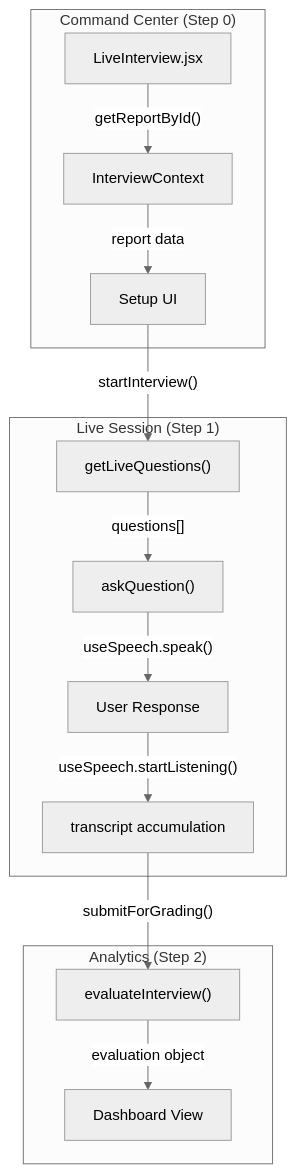
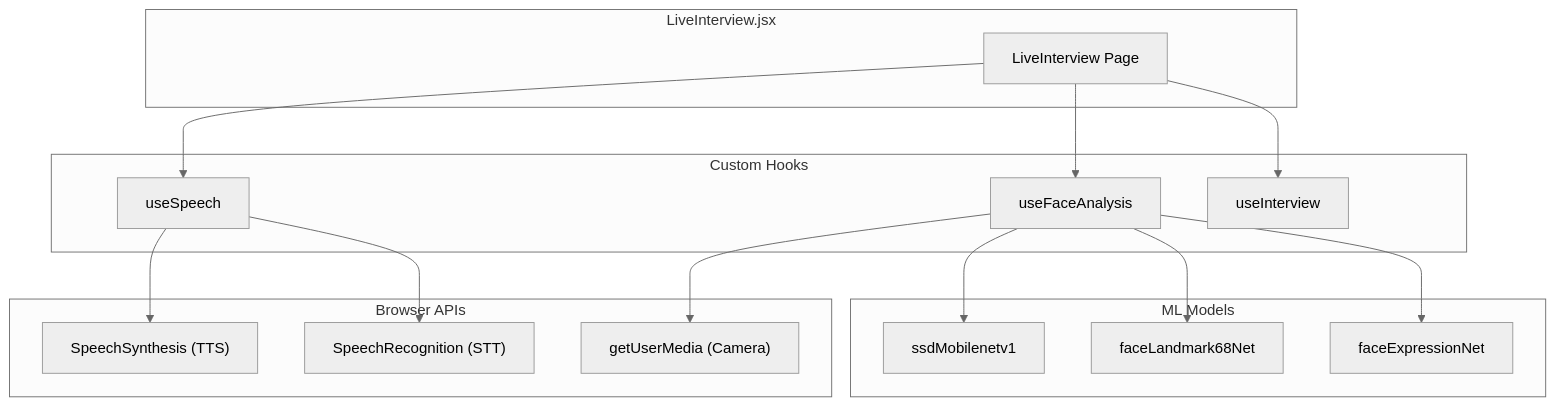
Before and after one commit to harshitzofficial/-HirePrep-AI: diagram 14 of 16 in README.md, drawn with Mermaid (neutral theme). The commit also changed other lines of this file, not shown here.

````diff
--- a/README.md
+++ b/README.md
@@ -874,19 +987,34 @@
 ```mermaid
 graph TD
-    subgraph "Command Center (Step 0)"
-        A["LiveInterview.jsx"] -- "getReportById()" --> B["InterviewContext"]
-        B -- "report data" --> C["Setup UI"]
+    subgraph "LiveInterview.jsx"
+        LI["LiveInterview Page"]
     end
- 
-    subgraph "Live Session (Step 1)"
-        C -- "startInterview()" --> D["getLiveQuestions()"]
-        D -- "questions[]" --> E["askQuestion()"]
-        E -- "useSpeech.speak()" --> F["User Response"]
-        F -- "useSpeech.startListening()" --> G["transcript accumulation"]
+
+    subgraph "Custom Hooks"
+        SP["useSpeech"]
+        FA["useFaceAnalysis"]
+        INT["useInterview"]
     end
- 
-    subgraph "Analytics (Step 2)"
-        G -- "submitForGrading()" --> H["evaluateInterview()"]
-        H -- "evaluation object" --> I["Dashboard View"]
+
+    subgraph "Browser APIs"
+        TTS["SpeechSynthesis (TTS)"]
+        STT["SpeechRecognition (STT)"]
+        CAM["getUserMedia (Camera)"]
     end
+
+    subgraph "ML Models"
+        SSD["ssdMobilenetv1"]
+        LM["faceLandmark68Net"]
+        EXP["faceExpressionNet"]
+    end
+
+    LI --> SP
+    LI --> FA
+    LI --> INT
+    SP --> TTS
+    SP --> STT
+    FA --> CAM
+    FA --> SSD
+    FA --> LM
+    FA --> EXP
 ```
````
